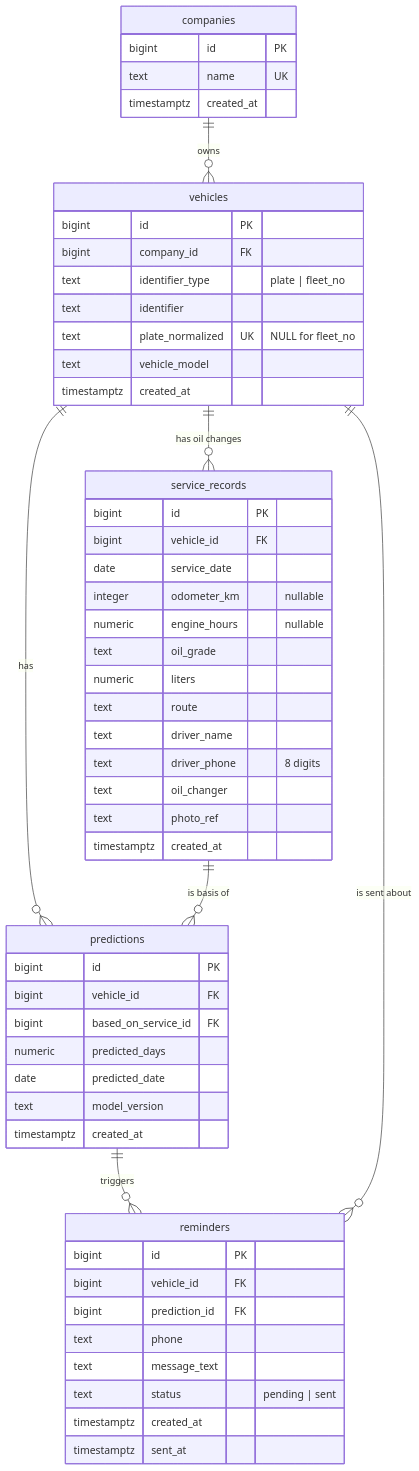
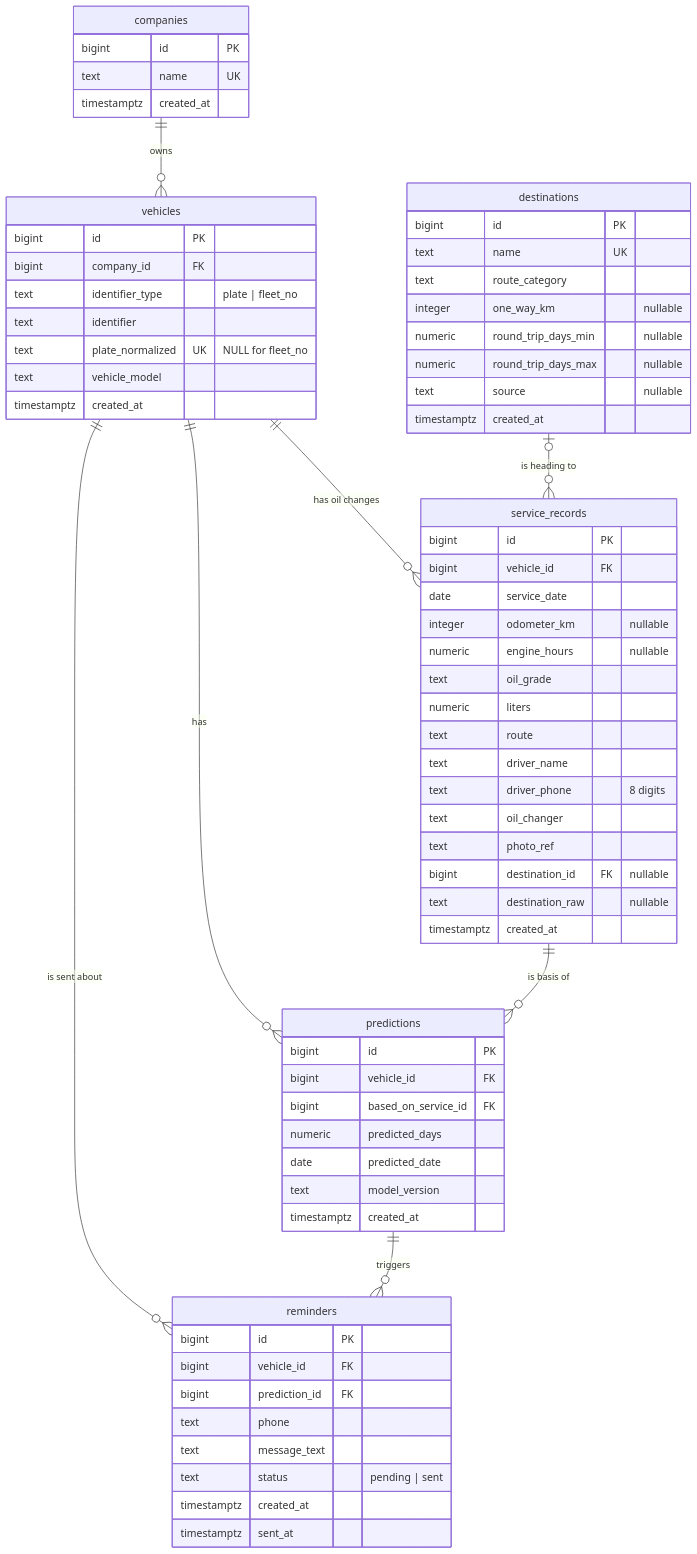
The diagram in docs/data_dictionary.md (janjir2007/capstone_project), drawn with Mermaid before and after one commit. The commit also changed other lines of this file and 4 other files, not shown here.

Commit message:
task 1.1b: destinations table + destination columns on service_records

````diff
--- a/docs/data_dictionary.md
+++ b/docs/data_dictionary.md
@@ -18,58 +19,71 @@
 ```mermaid
 erDiagram
     companies ||--o{ vehicles : owns
     vehicles ||--o{ service_records : "has oil changes"
     vehicles ||--o{ predictions : "has"
     service_records ||--o{ predictions : "is basis of"
     predictions ||--o{ reminders : "triggers"
     vehicles ||--o{ reminders : "is sent about"
+    destinations |o--o{ service_records : "is heading to"
 
     companies {
         bigint id PK
         text name UK
         timestamptz created_at
     }
     vehicles {
         bigint id PK
         bigint company_id FK
         text identifier_type "plate | fleet_no"
         text identifier
         text plate_normalized UK "NULL for fleet_no"
         text vehicle_model
         timestamptz created_at
     }
     service_records {
         bigint id PK
         bigint vehicle_id FK
         date service_date
         integer odometer_km "nullable"
         numeric engine_hours "nullable"
         text oil_grade
         numeric liters
         text route
         text driver_name
         text driver_phone "8 digits"
         text oil_changer
         text photo_ref
+        bigint destination_id FK "nullable"
+        text destination_raw "nullable"
+        timestamptz created_at
+    }
+    destinations {
+        bigint id PK
+        text name UK
+        text route_category
+        integer one_way_km "nullable"
+        numeric round_trip_days_min "nullable"
+        numeric round_trip_days_max "nullable"
+        text source "nullable"
         timestamptz created_at
     }
     predictions {
         bigint id PK
         bigint vehicle_id FK
         bigint based_on_service_id FK
         numeric predicted_days
         date predicted_date
         text model_version
         timestamptz created_at
     }
     reminders {
         bigint id PK
         bigint vehicle_id FK
         bigint prediction_id FK
         text phone
         text message_text
         text status "pending | sent"
         timestamptz created_at
         timestamptz sent_at
     }
 ```
````
